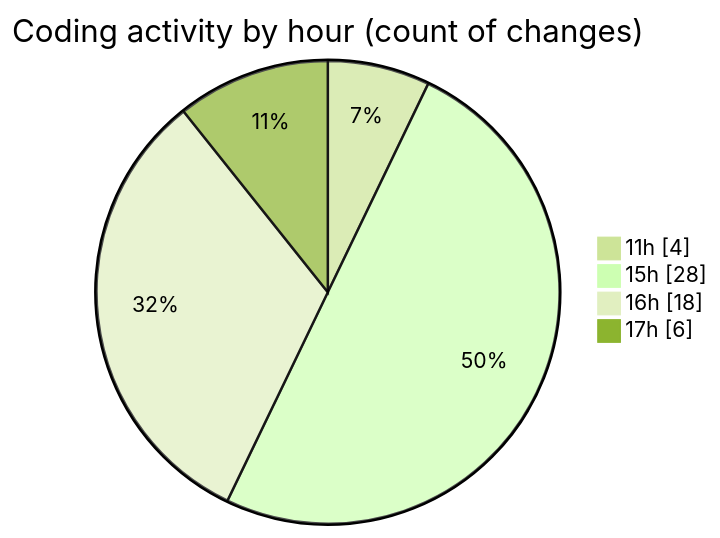
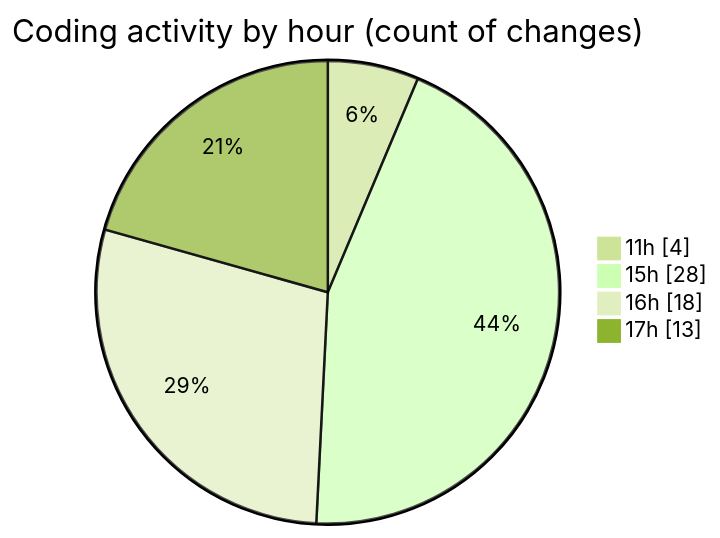
The second of 2 diagrams in 2025-05-29/nxtqube_webapp/README.md (nxtqubesakshisongat/code-tracking), drawn with Mermaid (forest theme) before and after one commit. The commit also changed other lines of this file and 1 other file, not shown here.

````diff
--- a/2025-05-29/nxtqube_webapp/README.md
+++ b/2025-05-29/nxtqube_webapp/README.md
@@ -39,8 +41,8 @@
 ```mermaid
 pie showData
 title Coding activity by hour (count of changes)
 "11h" : 4
 "15h" : 28
 "16h" : 18
-"17h" : 6
+"17h" : 13
 ```
````
